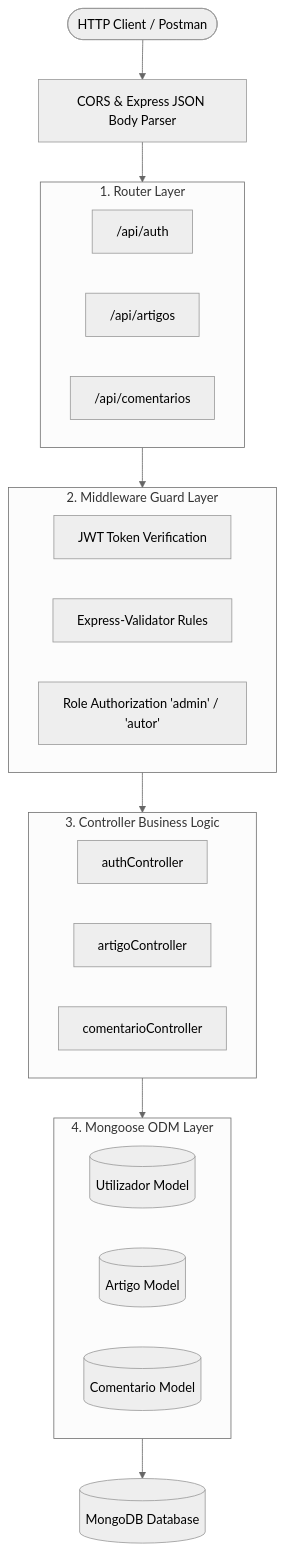
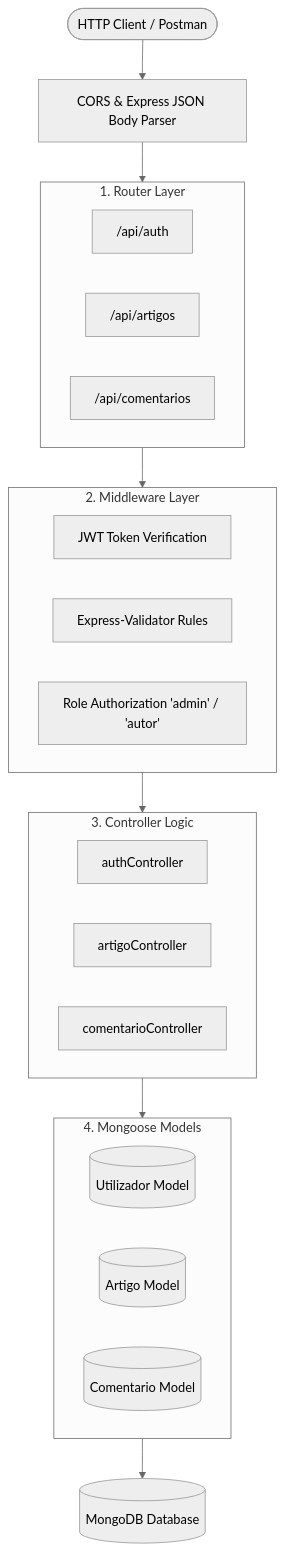
One commit to Afonsojlc/blog-api changed the first of 2 diagrams in README.md. Above: the diagram before and after it, drawn with Mermaid (neutral theme). The commit also changed other lines of this file, not shown here.

````diff
--- a/README.md
+++ b/README.md
@@ -20,36 +18,36 @@
 ```mermaid
 flowchart TD
     Client([HTTP Client / Postman])
     CORS[CORS & Express JSON Body Parser]
     
     subgraph Routing ["1. Router Layer"]
         R_Auth["/api/auth"]
         R_Artigos["/api/artigos"]
         R_Comentarios["/api/comentarios"]
     end
     
-    subgraph Middlewares ["2. Middleware Guard Layer"]
+    subgraph Middlewares ["2. Middleware Layer"]
         M_Auth[JWT Token Verification]
         M_Valid[Express-Validator Rules]
         M_Role[Role Authorization 'admin' / 'autor']
     end
     
-    subgraph Controllers ["3. Controller Business Logic"]
+    subgraph Controllers ["3. Controller Logic"]
         C_Auth[authController]
         C_Artigos[artigoController]
         C_Comentarios[comentarioController]
     end
     
-    subgraph Models ["4. Mongoose ODM Layer"]
+    subgraph Models ["4. Mongoose Models"]
         M_User[(Utilizador Model)]
         M_Post[(Artigo Model)]
         M_Comm[(Comentario Model)]
     end
     
     DB[(MongoDB Database)]
 
     Client --> CORS --> Routing
     Routing --> Middlewares
     Middlewares --> Controllers
     Controllers --> Models --> DB
 ```
````
